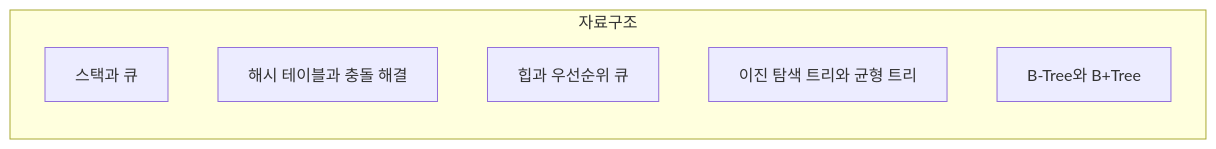
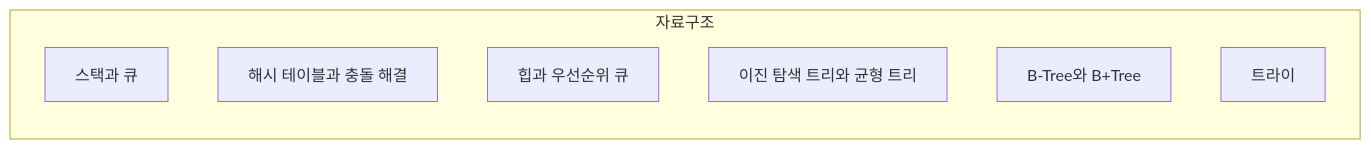
The diagram in concepts.md (Jirunu/TodayToDo), drawn with Mermaid before and after one commit. The commit also changed other lines of this file and 8 other files, not shown here.

````diff
--- a/concepts.md
+++ b/concepts.md
@@ -7,10 +7,11 @@
 ```mermaid
 graph LR
   subgraph s0 ["자료구조"]
     n0["스택과 큐"]
     n1["해시 테이블과 충돌 해결"]
     n2["힙과 우선순위 큐"]
     n3["이진 탐색 트리와 균형 트리"]
     n4["B-Tree와 B+Tree"]
+    n5["트라이"]
   end
 ```
````
